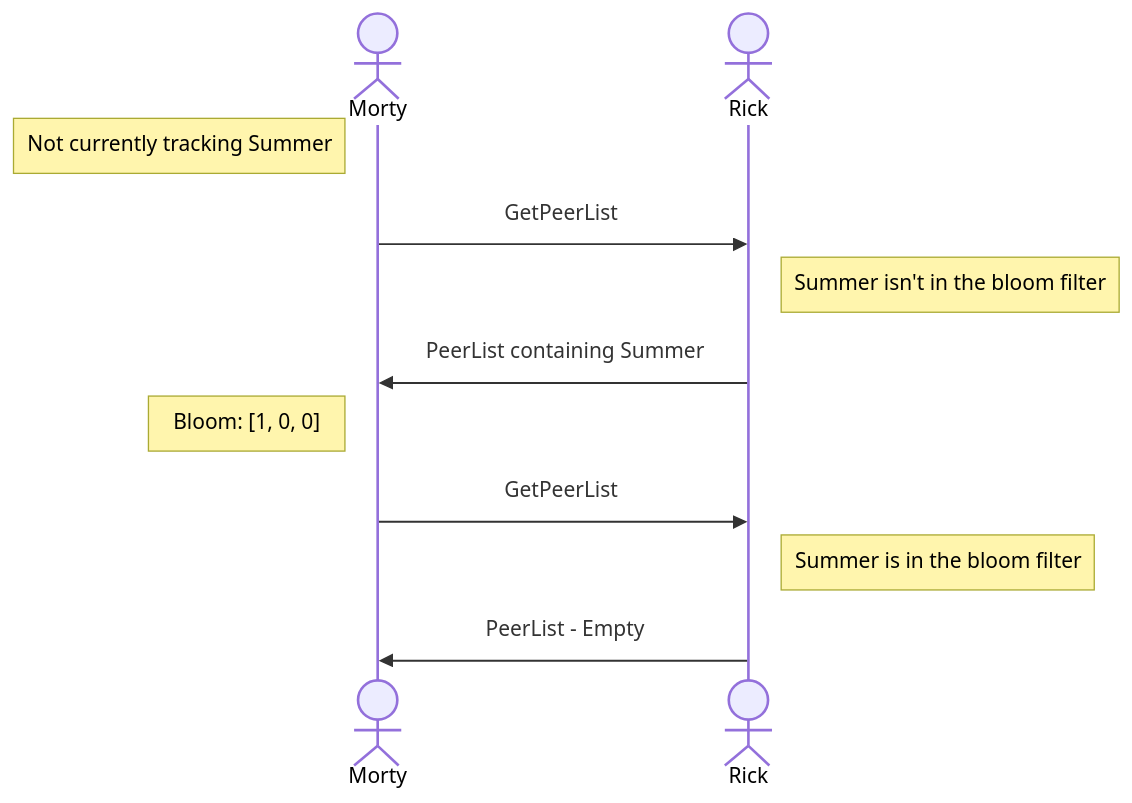
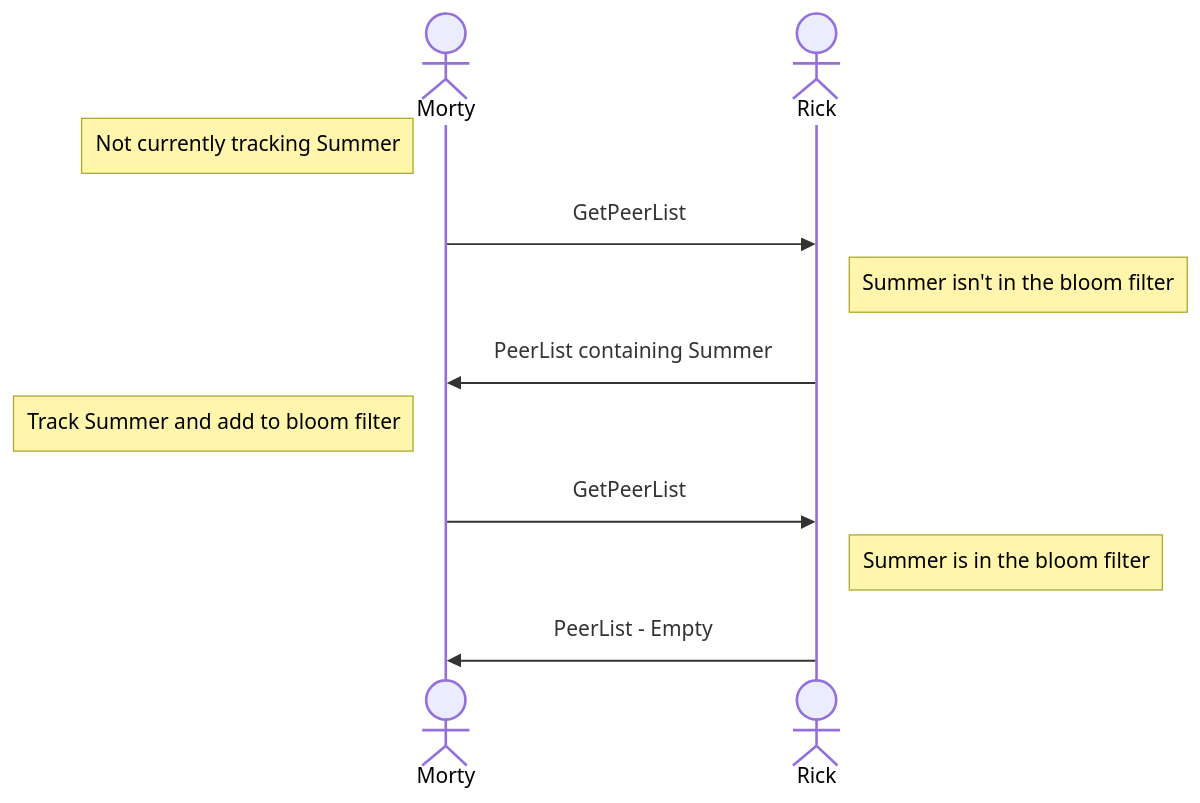
The fifth of 6 diagrams in network/README.md (ava-labs/avalanchego), drawn with Mermaid before and after one commit.

````diff
--- a/network/README.md
+++ b/network/README.md
@@ -196,13 +196,13 @@
 ```mermaid
 sequenceDiagram
     actor Morty
     actor Rick
     Note left of Morty: Not currently tracking Summer
     Morty->>Rick: GetPeerList
     Note right of Rick: Summer isn't in the bloom filter
     Rick->>Morty: PeerList containing Summer
-    Note left of Morty: Bloom: [1, 0, 0]
+    Note left of Morty: Track Summer and add to bloom filter
     Morty->>Rick: GetPeerList
     Note right of Rick: Summer is in the bloom filter
     Rick->>Morty: PeerList - Empty
 ```
````
